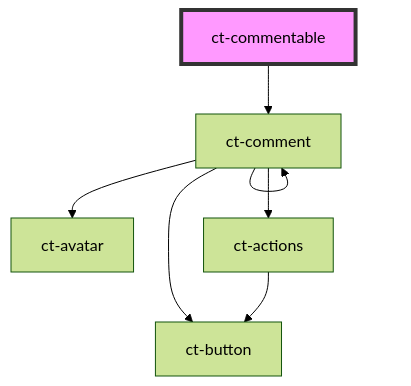
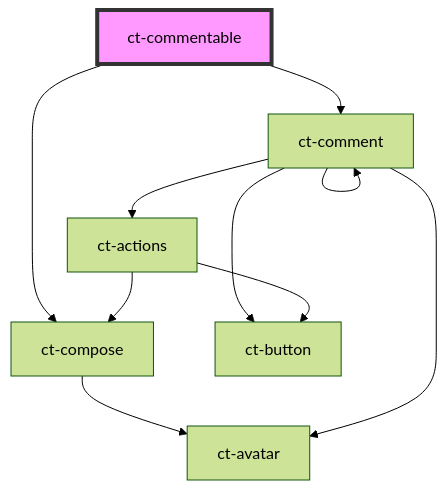
One commit to netguru/commentable-js changed the diagram in src/components/commentable/readme.md. Above: the diagram before and after it, drawn with Mermaid (forest theme). The commit also changed other lines of this file and 39 other files, not shown here.

````diff
--- a/src/components/commentable/readme.md
+++ b/src/components/commentable/readme.md
@@ -25,10 +27,13 @@
 ```mermaid
 graph TD;
+  ct-commentable --> ct-compose
   ct-commentable --> ct-comment
+  ct-compose --> ct-avatar
   ct-comment --> ct-avatar
   ct-comment --> ct-actions
   ct-comment --> ct-button
   ct-comment --> ct-comment
   ct-actions --> ct-button
+  ct-actions --> ct-compose
   style ct-commentable fill:#f9f,stroke:#333,stroke-width:4px
 ```
````
